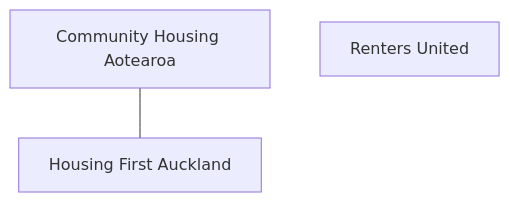
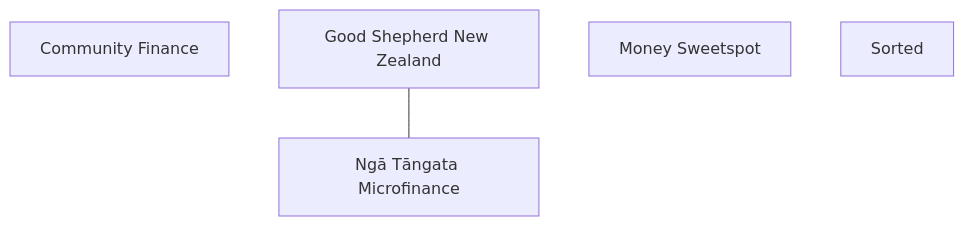
Diagram 20 of 24 in GUIDE.md (olitreadwell/nz-tech-for-good), drawn with Mermaid before and after one commit. The commit also changed other lines of this file and 16 other files, not shown here.

````diff
--- a/GUIDE.md
+++ b/GUIDE.md
@@ -367,7 +399,9 @@
 ```mermaid
 flowchart TD
-    n_CommunityHousingAotearoa["Community Housing Aotearoa"]
-    n_HousingFirstAuckland["Housing First Auckland"]
-    n_RentersUnited["Renters United"]
-    n_CommunityHousingAotearoa --- n_HousingFirstAuckland
+    n_CommunityFinance["Community Finance"]
+    n_GoodShepherdNewZealand["Good Shepherd New Zealand"]
+    n_MoneySweetspot["Money Sweetspot"]
+    n_NgTngataMicrofinance["Ngā Tāngata Microfinance"]
+    n_Sorted["Sorted"]
+    n_GoodShepherdNewZealand --- n_NgTngataMicrofinance
 ```
````
